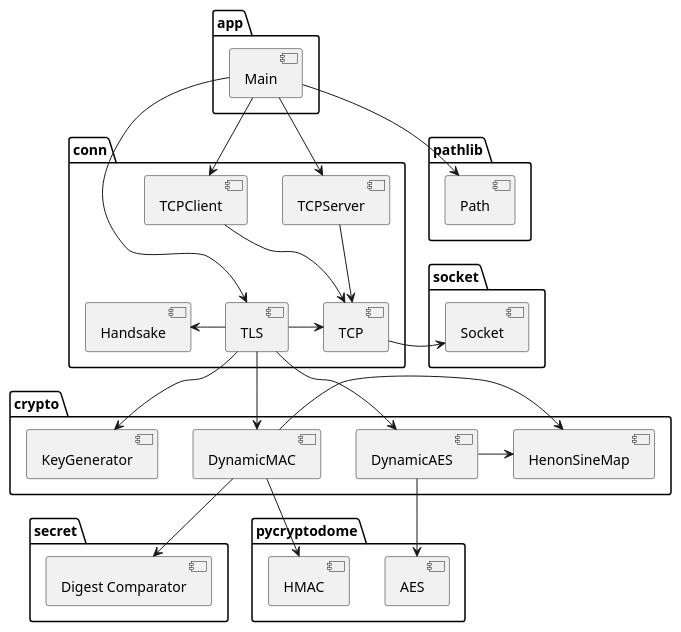
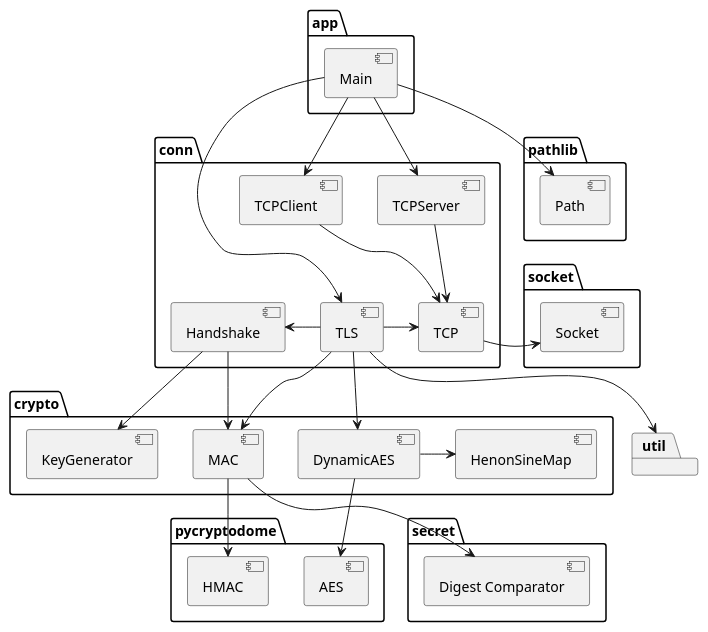
Before and after one commit to bayusamudra5502/ta-kriptografi: the diagram in resources/ch-3/component.plantuml, drawn with PlantUML. The commit also changed 31 other files, not shown here.

```diff
--- a/resources/ch-3/component.plantuml
+++ b/resources/ch-3/component.plantuml
@@ -1,49 +1,54 @@
 @startuml "Implementasi"
 package "conn" {
   [TCPServer] -down-> [TCP]
   [TCPClient] -down-> [TCP]
   [TLS] -right-> [TCP]
-  [TLS] -left-> [Handsake]
+  [TLS] -left-> [Handshake]
 }
 
 package "crypto" {
   [DynamicAES]
-  [DynamicMAC] -left-> [HenonSineMap]
+  [MAC]
   [DynamicAES] -> [HenonSineMap]
   [KeyGenerator]
 }
 
 package "socket" {
   [Socket] 
 }
 
 package "secret" {
   [Digest Comparator]
 }
 
 package "pycryptodome" {
   [AES]
   [HMAC]
 }
 
 package "app" {
   [Main]
 }
 
 package "pathlib" {
   [Path]
 }
 
-DynamicMAC -down-> [Digest Comparator]
+package "util" {
+}
+
 Main -down-> Path
 Main -down-> TCPServer
 Main -down-> TCPClient
 Main -down-> TLS
 TLS -down-> DynamicAES
-TLS -down-> DynamicMAC
 TCP -> Socket
-TLS -> KeyGenerator
+Handshake -> KeyGenerator
+Handshake -down-> MAC
+TLS -down-> MAC
 DynamicAES -down-> AES
-DynamicMAC -down-> HMAC
+MAC -down-> HMAC
+MAC -down-> [Digest Comparator]
+TLS -down-> util
 
 @enduml
```
